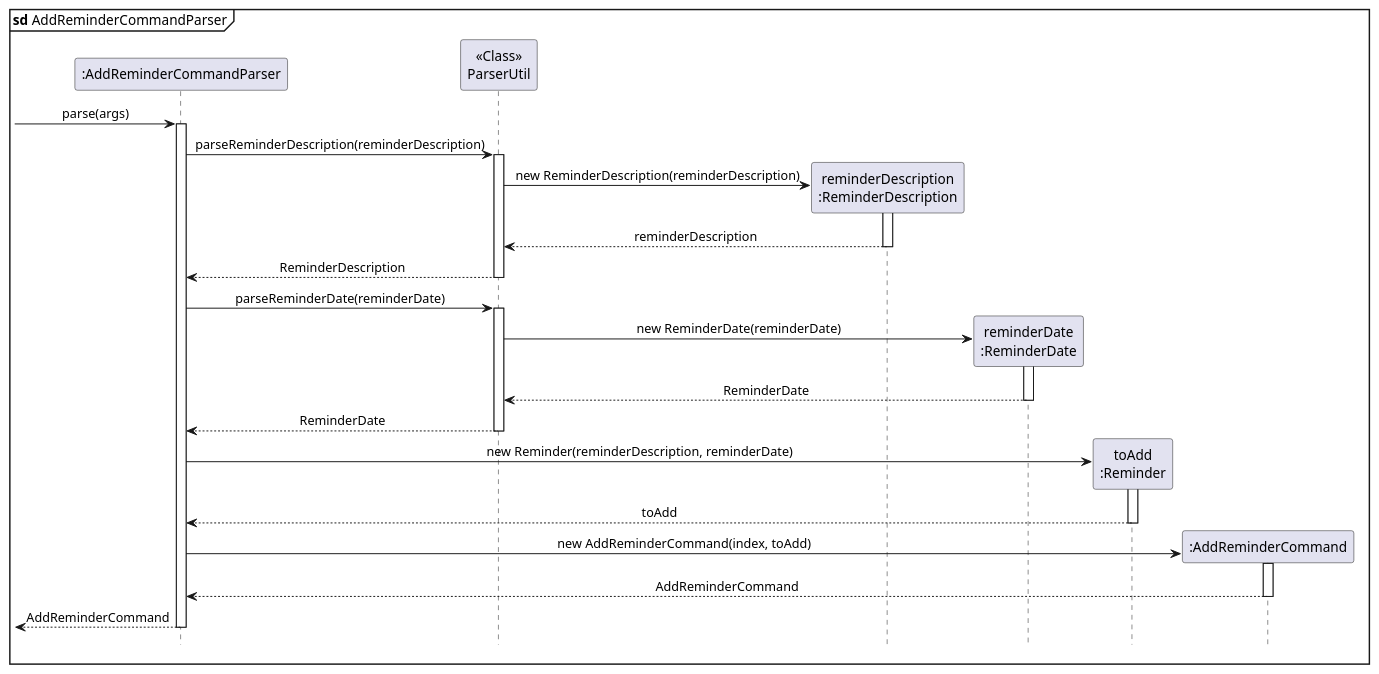
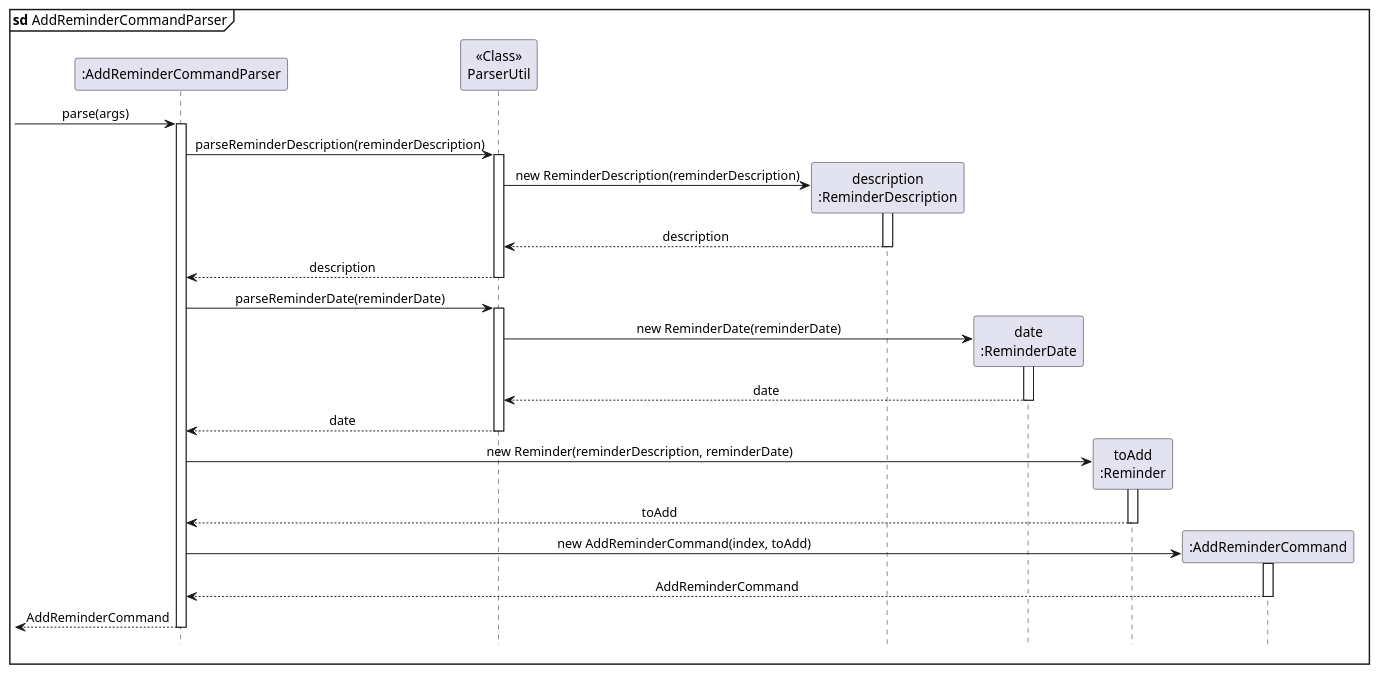
Before and after one commit to pyk595/tp: the diagram in docs/diagrams/AddReminderCommandParserSeqDiagram.puml, drawn with PlantUML. The commit also changed 1 other file, not shown here.

Commit message:
Update UML diagram based on comments

```diff
--- a/docs/diagrams/AddReminderCommandParserSeqDiagram.puml
+++ b/docs/diagrams/AddReminderCommandParserSeqDiagram.puml
@@ -1,68 +1,68 @@
 @startuml
 'https://plantuml.com/sequence-diagram
 
 mainframe **sd** AddReminderCommandParser
 hide footbox
 
 skinparam Sequence {
     MessageAlign center
     BoxFontSize 15
     BoxPadding 0
     BoxFontColor #FFFFFF
     FontName Arial
 }
 
 participant ":AddReminderCommandParser" as AddReminderCommandParser
 participant "<<Class>>\nParserUtil" as ParserUtil
-participant "reminderDescription\n:ReminderDescription" as ReminderDescription
-participant "reminderDate\n:ReminderDate" as ReminderDate
+participant "description\n:ReminderDescription" as ReminderDescription
+participant "date\n:ReminderDate" as ReminderDate
 participant "toAdd\n:Reminder" as Reminder
 participant ":AddReminderCommand" as AddReminderCommand
 
 -> AddReminderCommandParser : parse(args)
 
 activate AddReminderCommandParser
 AddReminderCommandParser -> ParserUtil : parseReminderDescription(reminderDescription)
 activate ParserUtil
 
 create ReminderDescription
 ParserUtil -> ReminderDescription : new ReminderDescription(reminderDescription)
 activate ReminderDescription
 
-ReminderDescription --> ParserUtil: reminderDescription
+ReminderDescription --> ParserUtil: description
 deactivate ReminderDescription
 
-ParserUtil --> AddReminderCommandParser : ReminderDescription
+ParserUtil --> AddReminderCommandParser : description
 deactivate ParserUtil
 
 AddReminderCommandParser -> ParserUtil : parseReminderDate(reminderDate)
 activate ParserUtil
 
 create ReminderDate
 ParserUtil -> ReminderDate : new ReminderDate(reminderDate)
 activate ReminderDate
 
-ReminderDate --> ParserUtil : ReminderDate
+ReminderDate --> ParserUtil : date
 deactivate ReminderDate
 
-ParserUtil --> AddReminderCommandParser : ReminderDate
+ParserUtil --> AddReminderCommandParser : date
 deactivate ParserUtil
 
 create Reminder
 AddReminderCommandParser -> Reminder : new Reminder(reminderDescription, reminderDate)
 activate Reminder
 
 Reminder --> AddReminderCommandParser: toAdd
 deactivate Reminder
 
 create AddReminderCommand
 AddReminderCommandParser -> AddReminderCommand : new AddReminderCommand(index, toAdd)
 activate AddReminderCommand
 
 AddReminderCommand --> AddReminderCommandParser : AddReminderCommand
 deactivate AddReminderCommand
 
 <-- AddReminderCommandParser : AddReminderCommand
 deactivate AddReminderCommandParser
 
 @enduml
```
